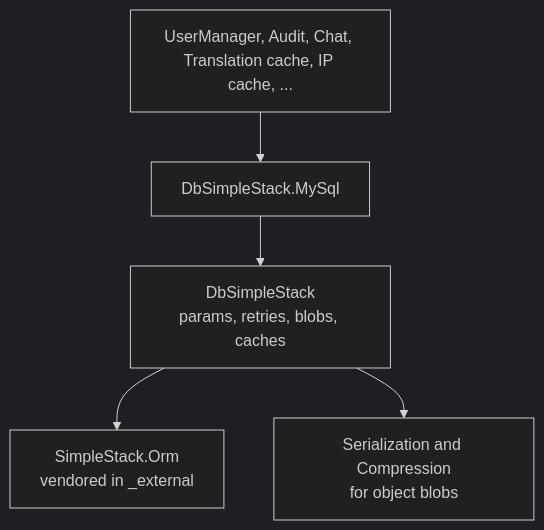
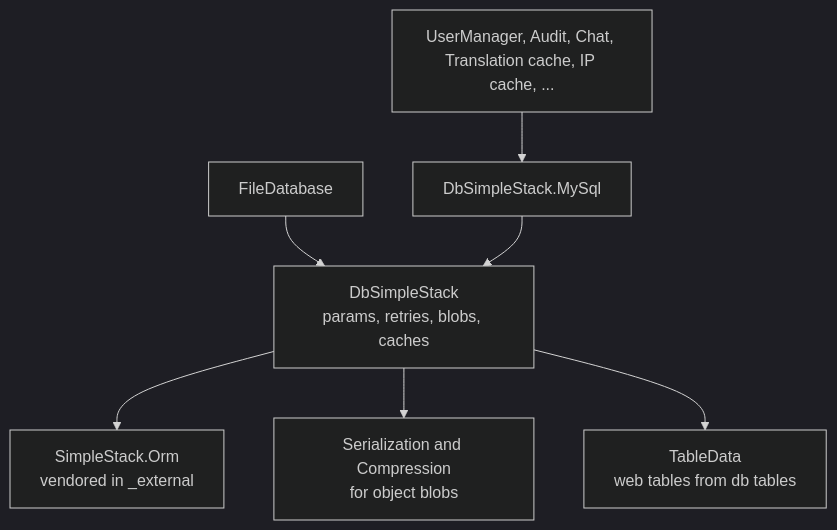
The diagram in SysWeaver.DbSimpleStack/README.md (dosh1974/SysWeaver), drawn with Mermaid (dark theme) before and after one commit. The commit also changed other lines of this file and 532 other files, not shown here.

````diff
--- a/SysWeaver.DbSimpleStack/README.md
+++ b/SysWeaver.DbSimpleStack/README.md
@@ -18,7 +18,9 @@
 ```mermaid
 flowchart TB
   Services["UserManager, Audit, Chat, Translation cache, IP cache, ..."] --> MySql["DbSimpleStack.MySql"]
+  Files["FileDatabase"] --> Core
   MySql --> Core["DbSimpleStack<br/>params, retries, blobs, caches"]
   Core --> Orm["SimpleStack.Orm<br/>vendored in _external"]
   Core --> Ser["Serialization and Compression<br/>for object blobs"]
+  Core --> Table["TableData<br/>web tables from db tables"]
 ```
````
